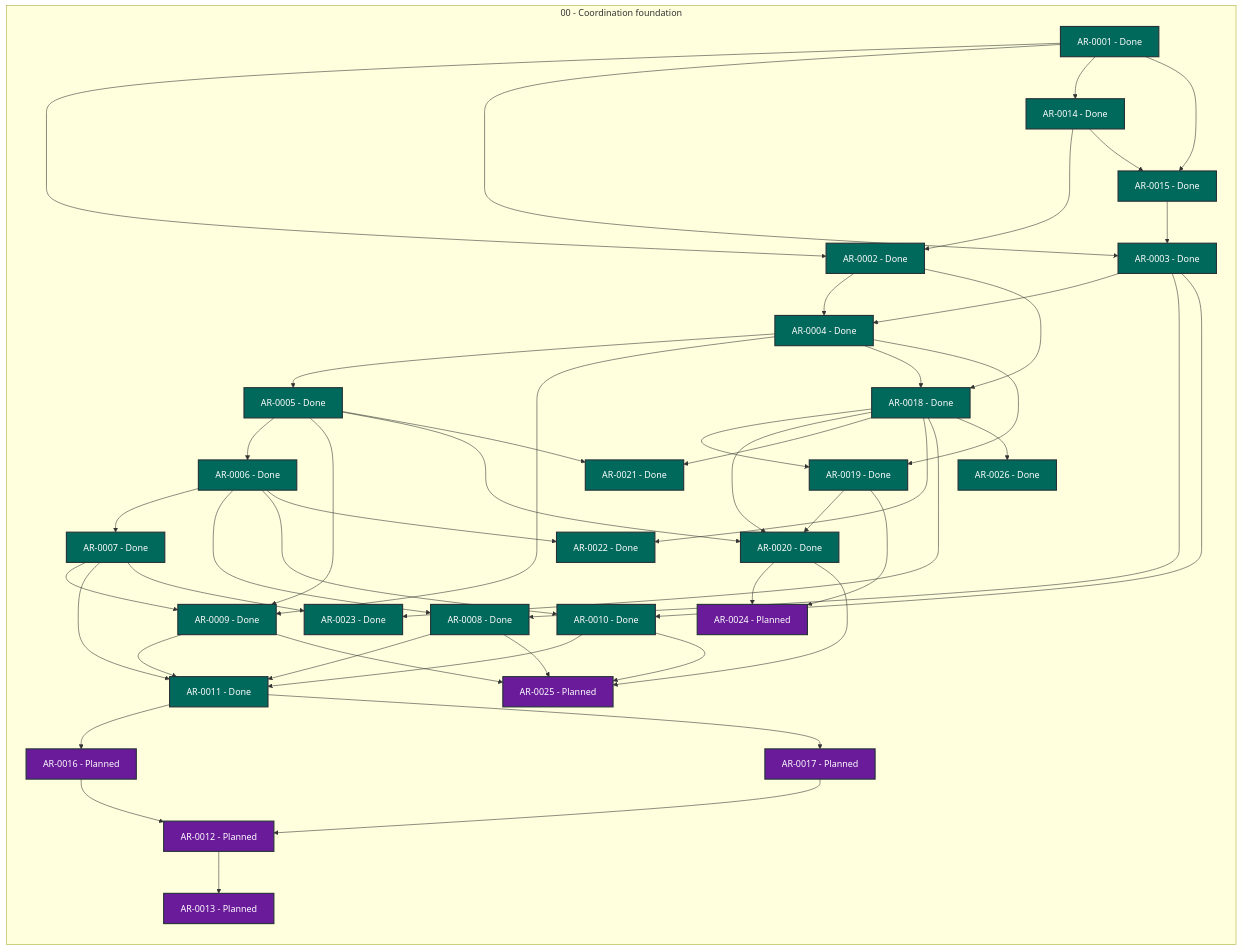
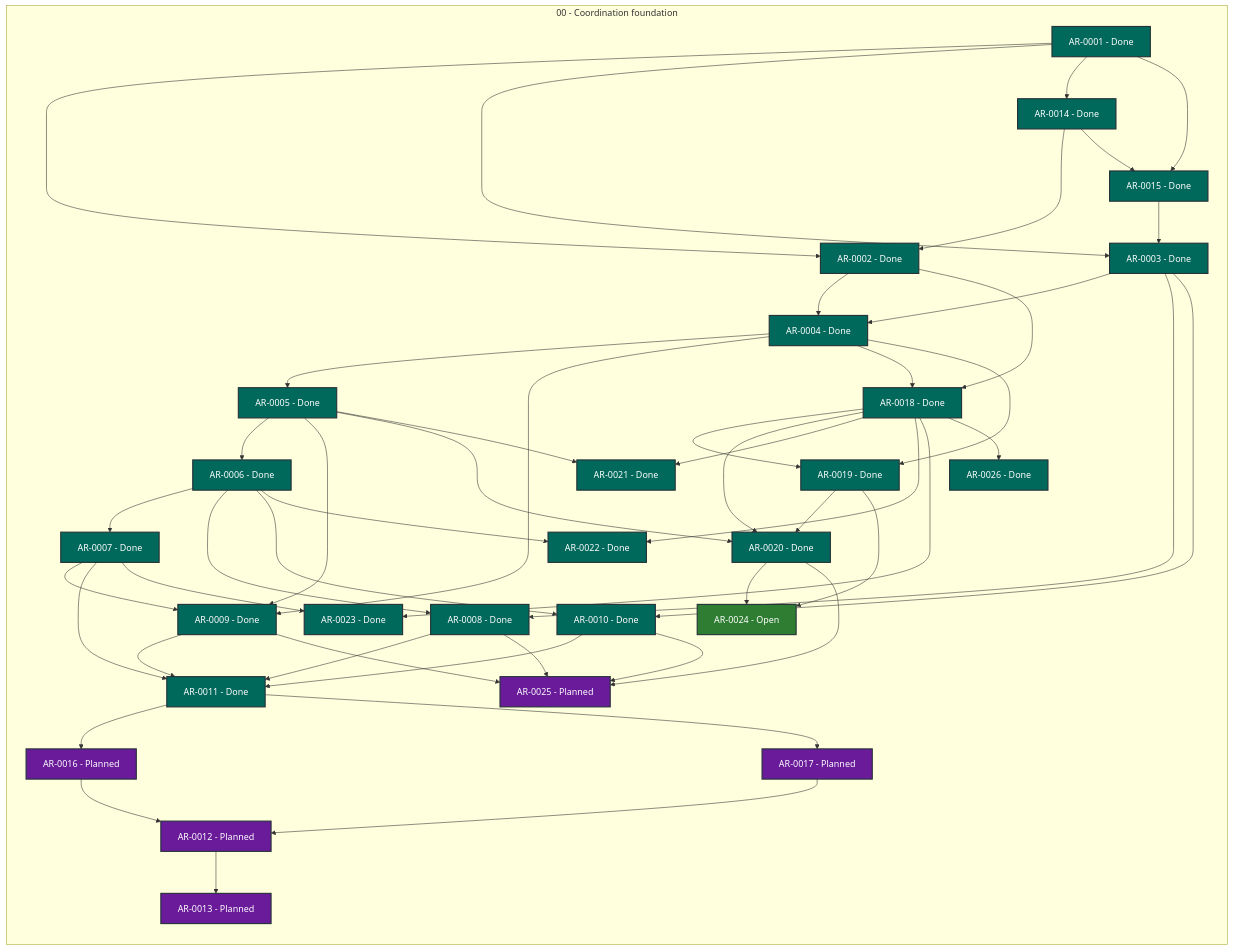
The diagram in STATUS.md (martin-beck/agent-workflow-tui-state), drawn with Mermaid before and after one commit. The commit also changed other lines of this file and 2 other files, not shown here.

```diff
--- a/STATUS.md
+++ b/STATUS.md
@@ -51,7 +51,7 @@
         AR_0021["AR-0021 - Done"]:::status_done
         AR_0022["AR-0022 - Done"]:::status_done
         AR_0023["AR-0023 - Done"]:::status_done
-        AR_0024["AR-0024 - Planned"]:::status_planned
+        AR_0024["AR-0024 - Open"]:::status_open
         AR_0025["AR-0025 - Planned"]:::status_planned
         AR_0026["AR-0026 - Done"]:::status_done
     end
```
